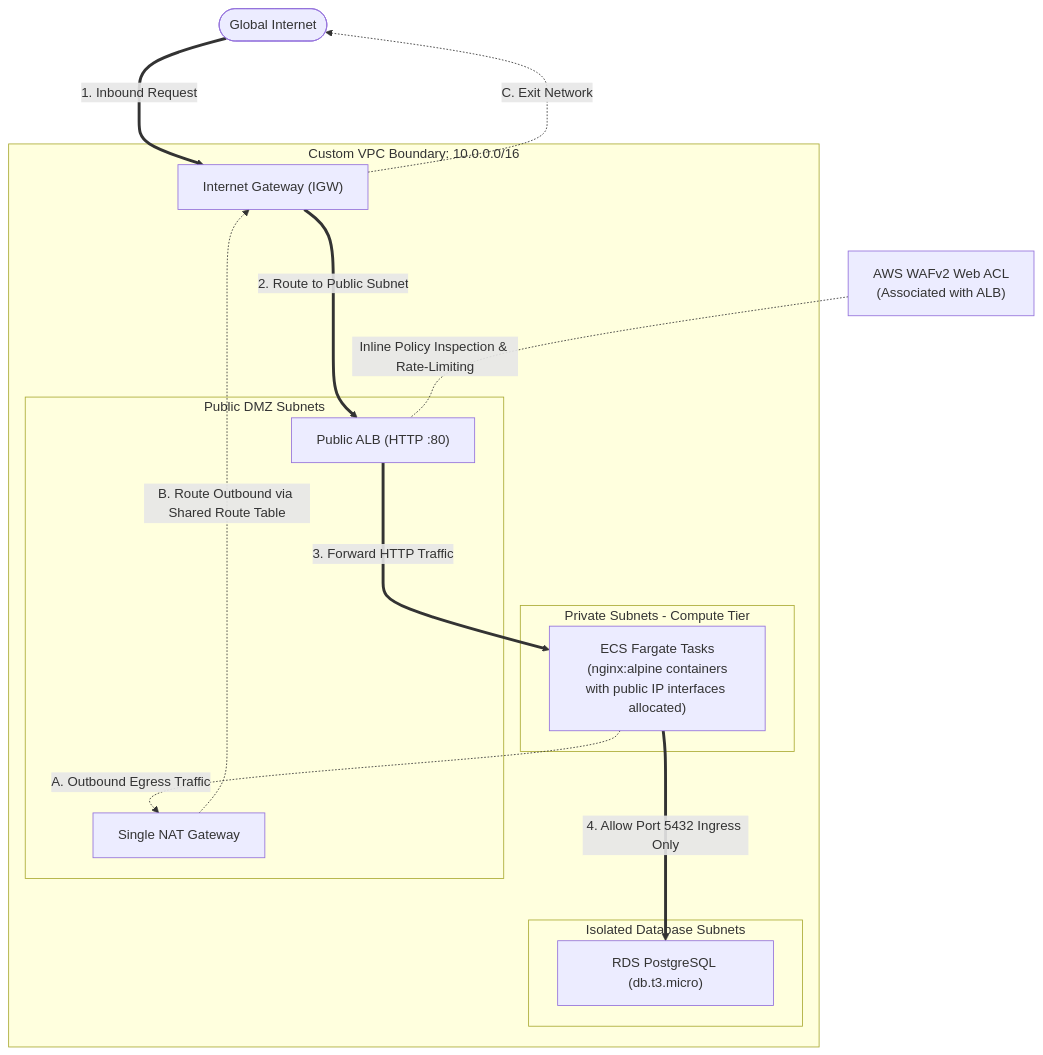
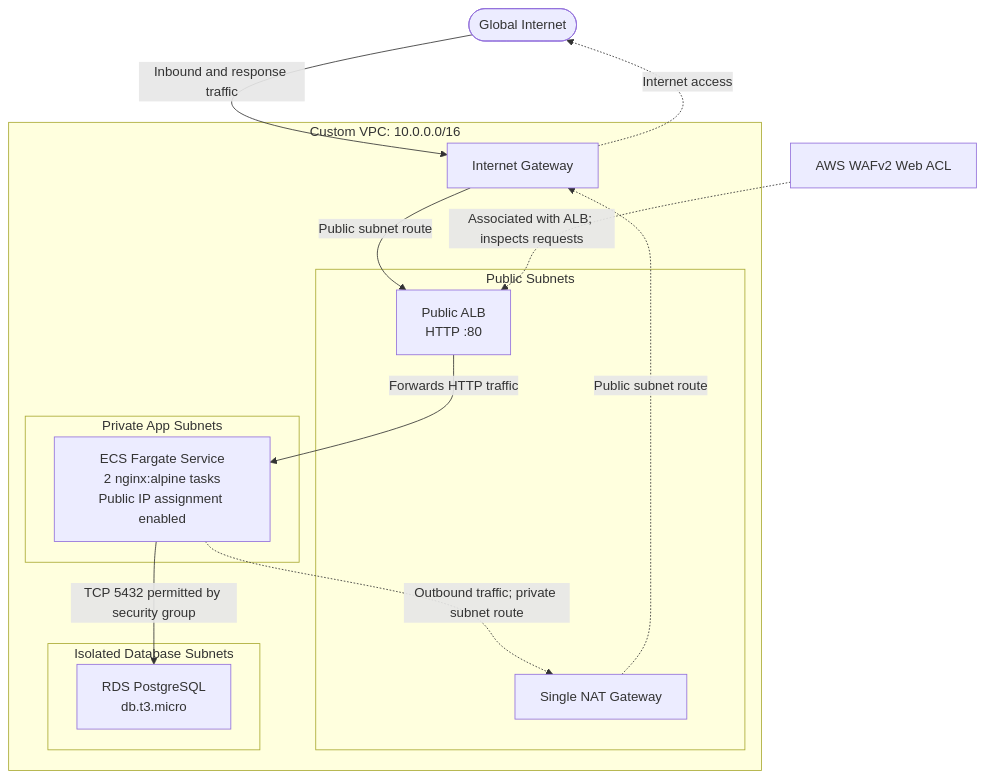
Before and after one commit to charishmanm24/AWS-Project: the diagram in README.md, drawn with Mermaid.

Commit message:
Update architecture diagram in README.md
Refactor architecture diagram for clarity and consistency.

````diff
--- a/README.md
+++ b/README.md
@@ -20,36 +20,32 @@
 ```mermaid
 flowchart TD
-    %% External Entities and Associated Control Planes
     Internet([Global Internet])
-    WAF["AWS WAFv2 Web ACL\n(Associated with ALB)"]
+    WAF["AWS WAFv2 Web ACL"]
 
-    %% Custom Virtual Private Cloud Matrix Boundary
-    subgraph VPC [Custom VPC Boundary: 10.0.0.0/16]
-        IGW["Internet Gateway (IGW)"]
-        
-        subgraph DMZ [Public DMZ Subnets]
-            ALB["Public ALB (HTTP :80)"]
+    subgraph VPC["Custom VPC: 10.0.0.0/16"]
+        IGW["Internet Gateway"]
+
+        subgraph Public["Public Subnets"]
+            ALB["Public ALB<br/>HTTP :80"]
             NAT["Single NAT Gateway"]
         end
 
-        subgraph Private [Private Subnets - Compute Tier]
-            ECS["ECS Fargate Tasks\n(nginx:alpine containers\nwith public IP interfaces allocated)"]
+        subgraph Private["Private App Subnets"]
+            ECS["ECS Fargate Service<br/>2 nginx:alpine tasks<br/>Public IP assignment enabled"]
         end
 
-        subgraph Data [Isolated Database Subnets]
-            DB["RDS PostgreSQL (db.t3.micro)"]
+        subgraph Data["Isolated Database Subnets"]
+            DB["RDS PostgreSQL<br/>db.t3.micro"]
         end
     end
 
-    %% Inbound Traffic Flow (Stateful Ingress Paths)
-    Internet ===>|1. Inbound Request| IGW
-    IGW ===>|2. Route to Public Subnet| ALB
-    WAF -.-|Inline Policy Inspection & Rate-Limiting| ALB
-    ALB ===>|3. Forward HTTP Traffic| ECS
-    ECS ===>|4. Allow Port 5432 Ingress Only| DB
+    Internet -->|Inbound and response traffic| IGW
+    IGW -->|Public subnet route| ALB
+    WAF -.->|Associated with ALB; inspects requests| ALB
+    ALB -->|Forwards HTTP traffic| ECS
+    ECS -->|TCP 5432 permitted by security group| DB
 
-    %% Outbound Traffic Flow (Stateful Egress Paths)
-    ECS -.->|A. Outbound Egress Traffic| NAT
-    NAT -.->|B. Route Outbound via Shared Route Table| IGW
-    IGW -.->|C. Exit Network| Internet
+    ECS -.->|Outbound traffic; private subnet route| NAT
+    NAT -.->|Public subnet route| IGW
+    IGW -.->|Internet access| Internet
 ```
````
